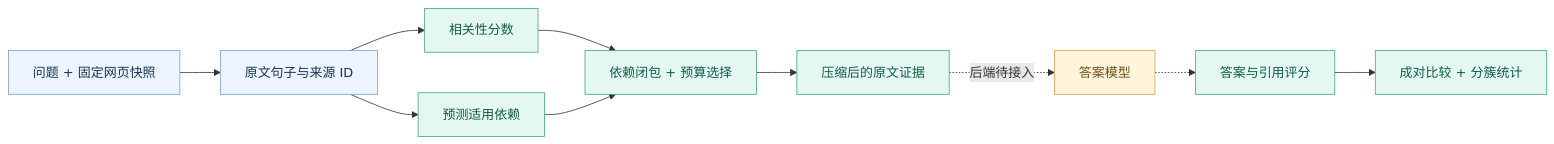
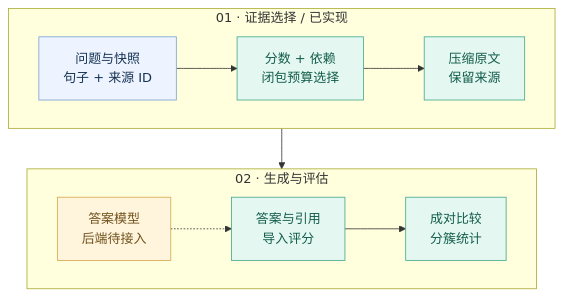
Before and after one commit to Chaos886/scopepack-www: the diagram in README.md, drawn with Mermaid. The commit also changed other lines of this file, not shown here.

Commit message:
Improve README diagram and compact status cards

````diff
--- a/README.md
+++ b/README.md
@@ -42,18 +42,18 @@
 ```mermaid
-flowchart LR
-    A["问题 + 固定网页快照"] --> B["原文句子与来源 ID"]
-    B --> C["相关性分数"]
-    B --> D["预测适用依赖"]
-    C --> E["依赖闭包 + 预算选择"]
-    D --> E
-    E --> F["压缩后的原文证据"]
-    F -. "后端待接入" .-> G["答案模型"]
-    G -.-> H["答案与引用评分"]
-    H --> I["成对比较 + 分簇统计"]
+flowchart TB
+    subgraph PACK["01 · 证据选择 / 已实现"]
+      direction LR
+      A["问题与快照<br/>句子 + 来源 ID"] --> B["分数 + 依赖<br/>闭包预算选择"] --> C["压缩原文<br/>保留来源"]
+    end
+    subgraph EVAL["02 · 生成与评估"]
+      direction LR
+      D["答案模型<br/>后端待接入"] -.-> E["答案与引用<br/>导入评分"] --> F["成对比较<br/>分簇统计"]
+    end
+    PACK --> EVAL
     classDef input fill:#edf4ff,stroke:#7aa0d2,color:#173354
     classDef method fill:#e4f7f1,stroke:#42a88a,color:#135d4b
     classDef pending fill:#fff5dd,stroke:#d5a64c,color:#70521c
-    class A,B input
-    class C,D,E,F,H,I method
-    class G pending
+    class A input
+    class B,C,E,F method
+    class D pending
 ```
````
